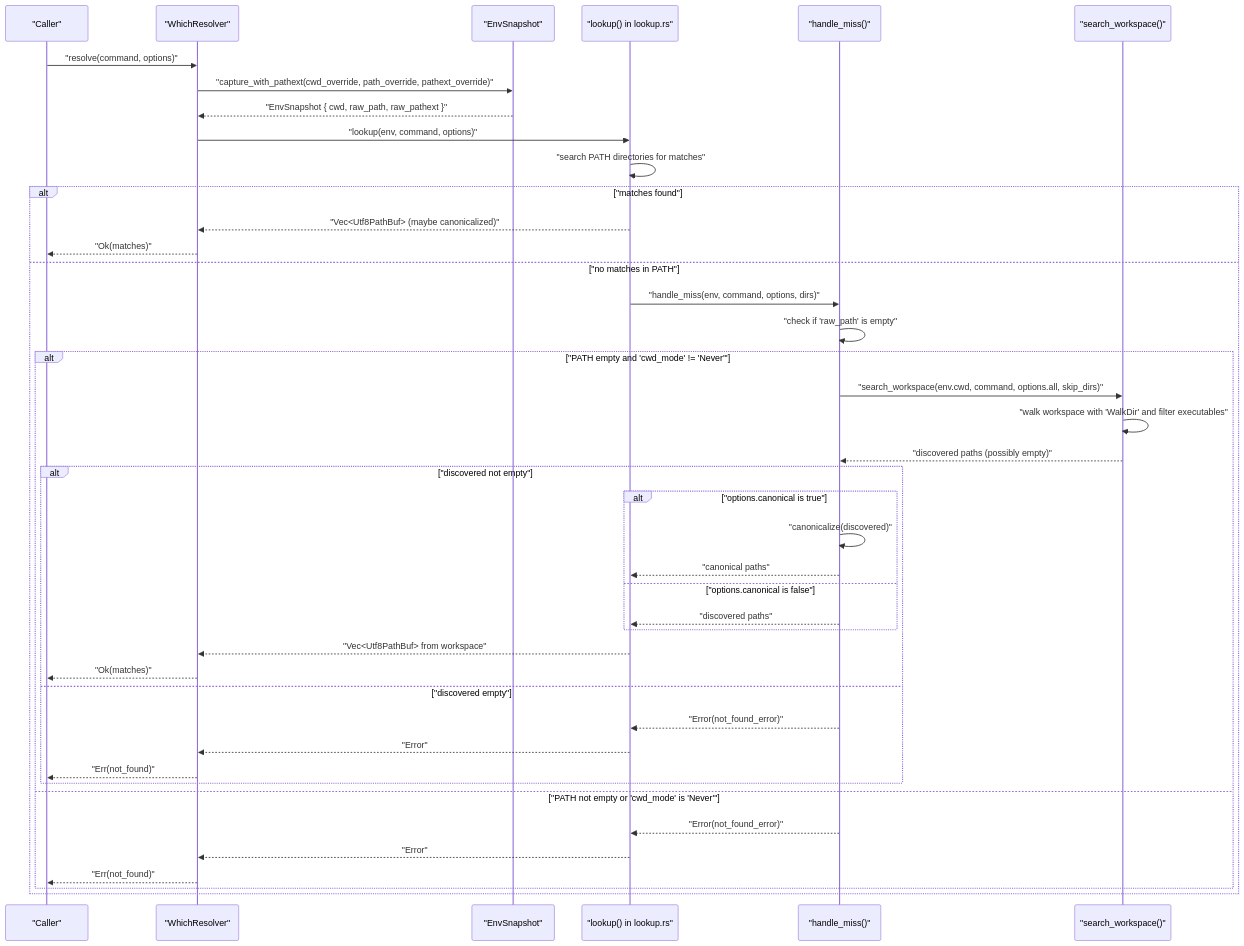
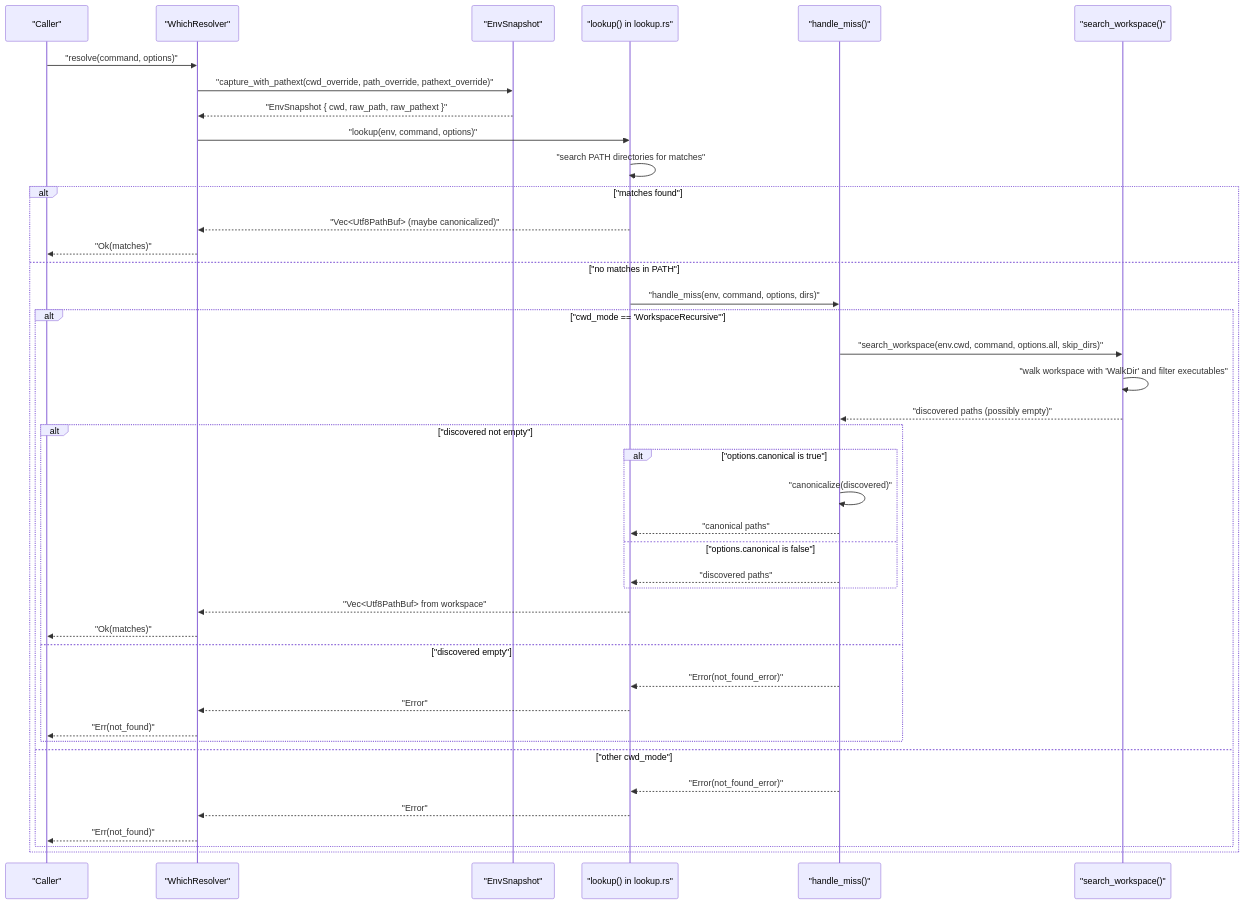
One commit to leynos/netsuke changed the sixth of 20 diagrams in docs/netsuke-design.md. Above: the diagram before and after it, drawn with Mermaid. The commit also changed other lines of this file and 57 other files, not shown here.

First line of the commit message:
Require explicit recursive workspace lookup (#646) (#672)

````diff
--- a/docs/netsuke-design.md
+++ b/docs/netsuke-design.md
@@ -1639,45 +1648,44 @@
 ```mermaid
 sequenceDiagram
     participant "Caller" as "Caller"
     participant "WhichResolver" as "WhichResolver"
     participant "EnvSnapshot" as "EnvSnapshot"
     participant "Lookup" as "lookup() in lookup.rs"
     participant "HandleMiss" as "handle_miss()"
     participant "SearchWorkspace" as "search_workspace()"
 
     "Caller"->>"WhichResolver": "resolve(command, options)"
     "WhichResolver"->>"EnvSnapshot": "capture_with_pathext(cwd_override, path_override, pathext_override)"
     "EnvSnapshot"-->>"WhichResolver": "EnvSnapshot { cwd, raw_path, raw_pathext }"
     "WhichResolver"->>"Lookup": "lookup(env, command, options)"
     "Lookup"->>"Lookup": "search PATH directories for matches"
     alt "matches found"
         "Lookup"-->>"WhichResolver": "Vec<Utf8PathBuf> (maybe canonicalized)"
         "WhichResolver"-->>"Caller": "Ok(matches)"
     else "no matches in PATH"
         "Lookup"->>"HandleMiss": "handle_miss(env, command, options, dirs)"
-            "HandleMiss"->>"HandleMiss": "check if 'raw_path' is empty"
-        alt "PATH empty and 'cwd_mode' != 'Never'"
+        alt "cwd_mode == 'WorkspaceRecursive'"
             "HandleMiss"->>"SearchWorkspace": "search_workspace(env.cwd, command, options.all, skip_dirs)"
             "SearchWorkspace"->>"SearchWorkspace": "walk workspace with 'WalkDir' and filter executables"
             "SearchWorkspace"-->>"HandleMiss": "discovered paths (possibly empty)"
             alt "discovered not empty"
                 alt "options.canonical is true"
                     "HandleMiss"->>"HandleMiss": "canonicalize(discovered)"
                     "HandleMiss"-->>"Lookup": "canonical paths"
                 else "options.canonical is false"
                     "HandleMiss"-->>"Lookup": "discovered paths"
                 end
                 "Lookup"-->>"WhichResolver": "Vec<Utf8PathBuf> from workspace"
                 "WhichResolver"-->>"Caller": "Ok(matches)"
             else "discovered empty"
                 "HandleMiss"-->>"Lookup": "Error(not_found_error)"
                 "Lookup"-->>"WhichResolver": "Error"
                 "WhichResolver"-->>"Caller": "Err(not_found)"
             end
-        else "PATH not empty or 'cwd_mode' is 'Never'"
+        else "other cwd_mode"
             "HandleMiss"-->>"Lookup": "Error(not_found_error)"
             "Lookup"-->>"WhichResolver": "Error"
             "WhichResolver"-->>"Caller": "Err(not_found)"
         end
     end
 ```
````
